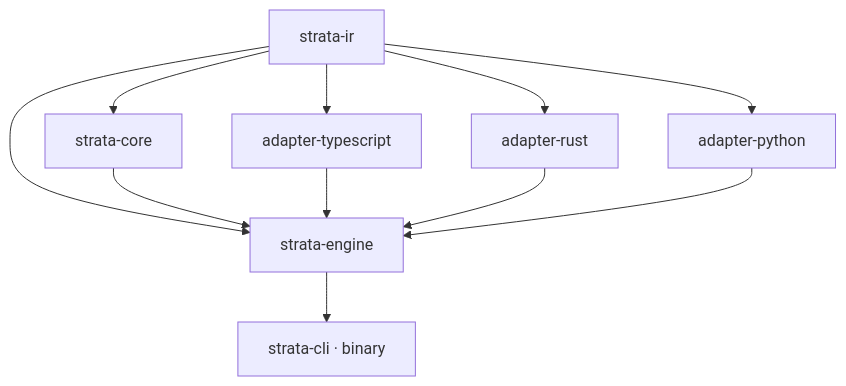
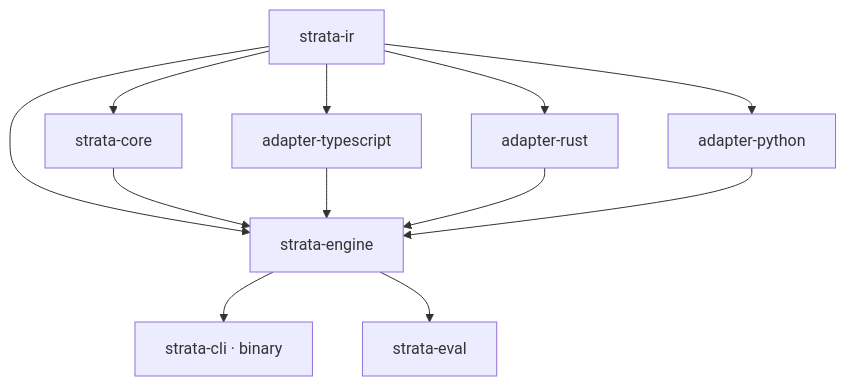
One commit to theriety/strata changed the first of 3 diagrams in docs/architecture/overview.md. Above: the diagram before and after it, drawn with Mermaid. The commit also changed other lines of this file and 22 other files, not shown here.

````diff
--- a/docs/architecture/overview.md
+++ b/docs/architecture/overview.md
@@ -20,21 +21,23 @@
 ```mermaid
 flowchart TD
     ir[strata-ir]
     core[strata-core]
     ats[adapter-typescript]
     ars[adapter-rust]
     aps[adapter-python]
     engine[strata-engine]
     cli[strata-cli · binary]
+    eval[strata-eval]
 
     ir --> core
     ir --> ats
     ir --> ars
     ir --> aps
     ir --> engine
     core --> engine
     ats --> engine
     ars --> engine
     aps --> engine
     engine --> cli
+    engine --> eval
 ```
````
